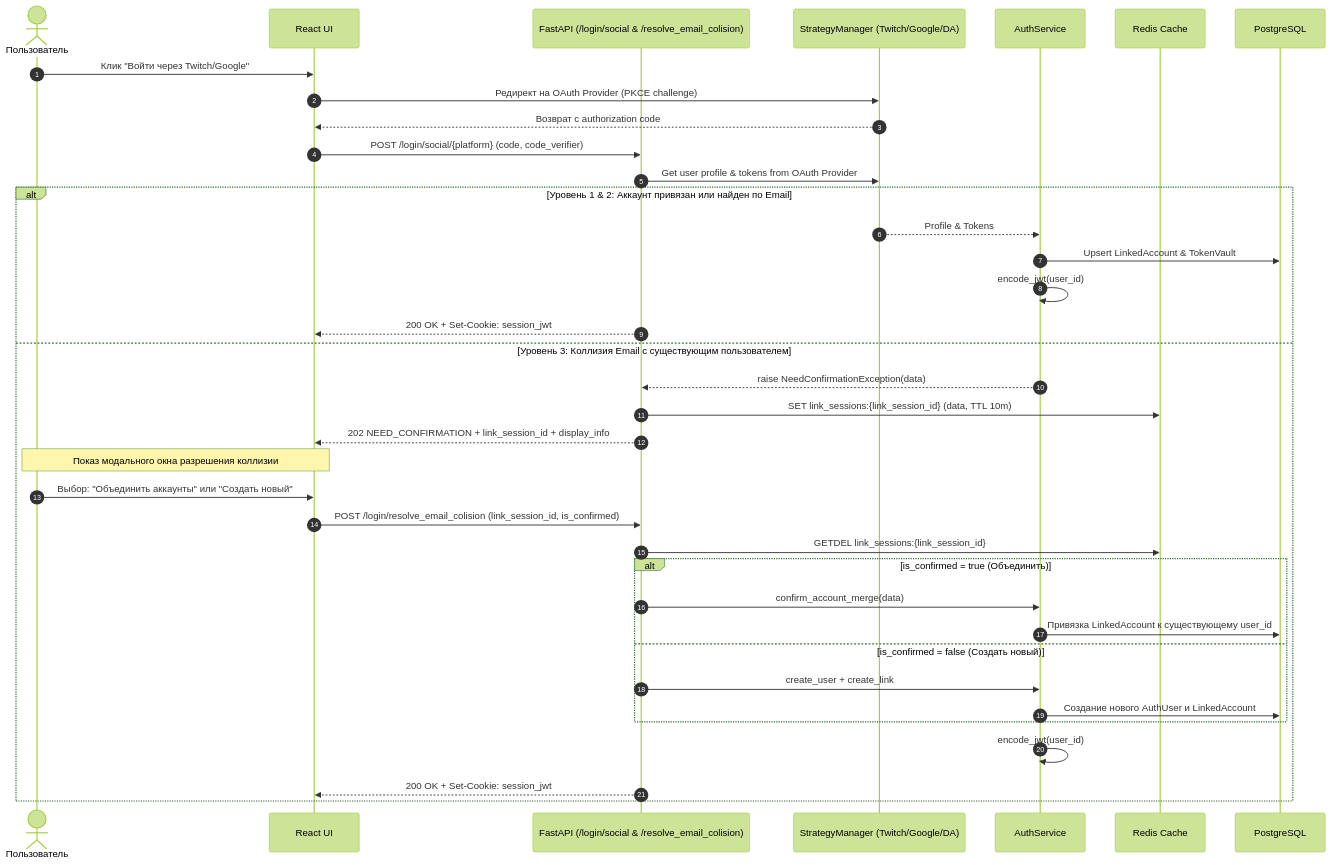
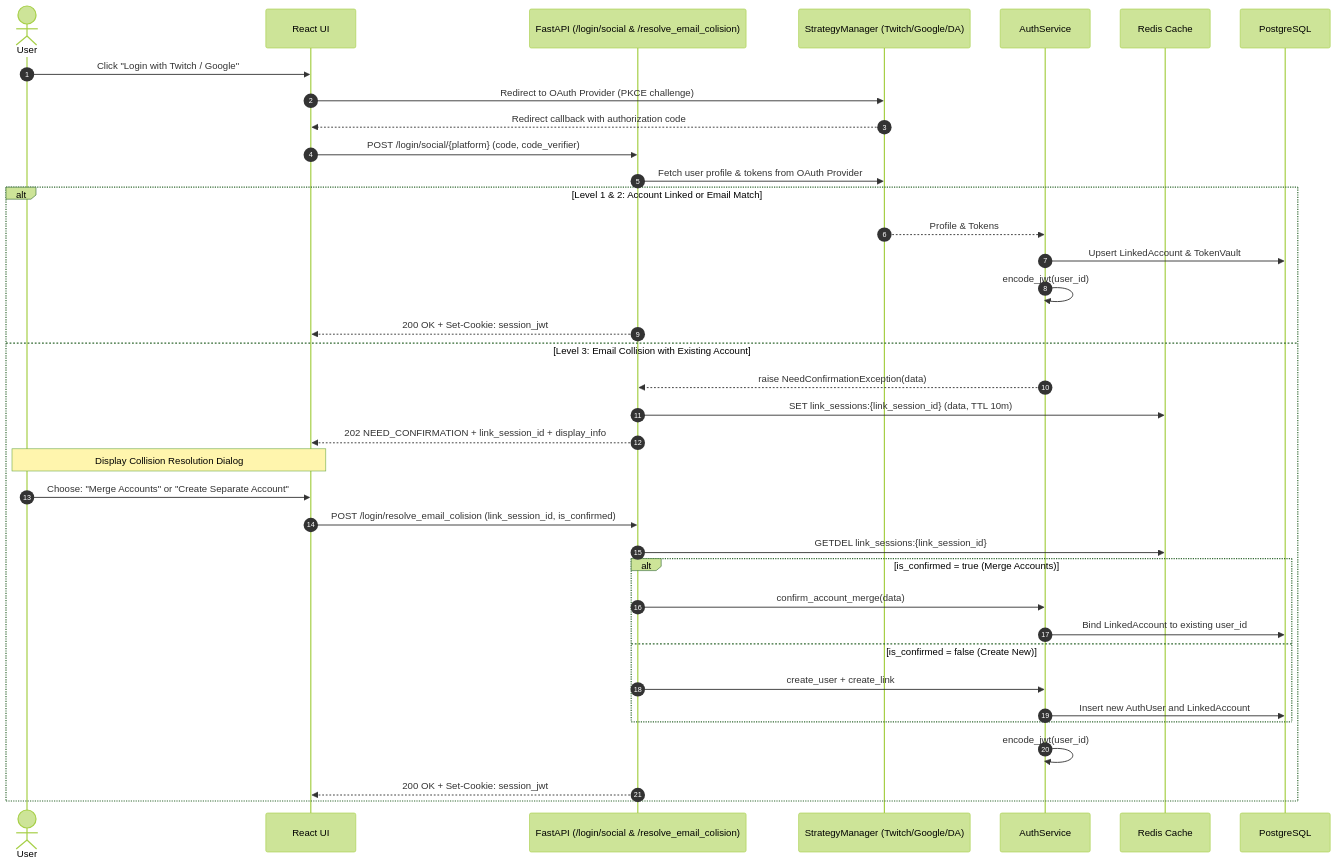
The third of 4 diagrams in docs/core/auth.md (DustGalaxy/openplaylist-mono), drawn with Mermaid (forest theme) before and after one commit. The commit also changed other lines of this file and 21 other files, not shown here.

Commit message:
docs: translate technical architecture and component guides to English

````diff
--- a/docs/core/auth.md
+++ b/docs/core/auth.md
@@ -116,45 +116,45 @@
 ```mermaid
 sequenceDiagram
     autonumber
-    actor User as Пользователь
+    actor User as User
     participant UI as React UI
     participant API as FastAPI (/login/social & /resolve_email_colision)
     participant Strat as StrategyManager (Twitch/Google/DA)
     participant Auth as AuthService
     participant Redis as Redis Cache
     participant DB as PostgreSQL
 
-    User->>UI: Клик "Войти через Twitch/Google"
-    UI->>Strat: Редирект на OAuth Provider (PKCE challenge)
-    Strat-->>UI: Возврат с authorization code
+    User->>UI: Click "Login with Twitch / Google"
+    UI->>Strat: Redirect to OAuth Provider (PKCE challenge)
+    Strat-->>UI: Redirect callback with authorization code
     UI->>API: POST /login/social/{platform} (code, code_verifier)
-    API->>Strat: Get user profile & tokens from OAuth Provider
+    API->>Strat: Fetch user profile & tokens from OAuth Provider
 
-    alt Уровень 1 & 2: Аккаунт привязан или найден по Email
+    alt Level 1 & 2: Account Linked or Email Match
         Strat-->>Auth: Profile & Tokens
         Auth->>DB: Upsert LinkedAccount & TokenVault
         Auth->>Auth: encode_jwt(user_id)
         API-->>UI: 200 OK + Set-Cookie: session_jwt
-    else Уровень 3: Коллизия Email с существующим пользователем
+    else Level 3: Email Collision with Existing Account
         Auth-->>API: raise NeedConfirmationException(data)
         API->>Redis: SET link_sessions:{link_session_id} (data, TTL 10m)
         API-->>UI: 202 NEED_CONFIRMATION + link_session_id + display_info
         
-        Note over User, UI: Показ модального окна разрешения коллизии
-        User->>UI: Выбор: "Объединить аккаунты" или "Создать новый"
+        Note over User, UI: Display Collision Resolution Dialog
+        User->>UI: Choose: "Merge Accounts" or "Create Separate Account"
         
         UI->>API: POST /login/resolve_email_colision (link_session_id, is_confirmed)
         API->>Redis: GETDEL link_sessions:{link_session_id}
         
-        alt is_confirmed = true (Объединить)
+        alt is_confirmed = true (Merge Accounts)
             API->>Auth: confirm_account_merge(data)
-            Auth->>DB: Привязка LinkedAccount к существующему user_id
-        else is_confirmed = false (Создать новый)
+            Auth->>DB: Bind LinkedAccount to existing user_id
+        else is_confirmed = false (Create New)
             API->>Auth: create_user + create_link
-            Auth->>DB: Создание нового AuthUser и LinkedAccount
+            Auth->>DB: Insert new AuthUser and LinkedAccount
         end
         
         Auth->>Auth: encode_jwt(user_id)
         API-->>UI: 200 OK + Set-Cookie: session_jwt
     end
 ```
````
